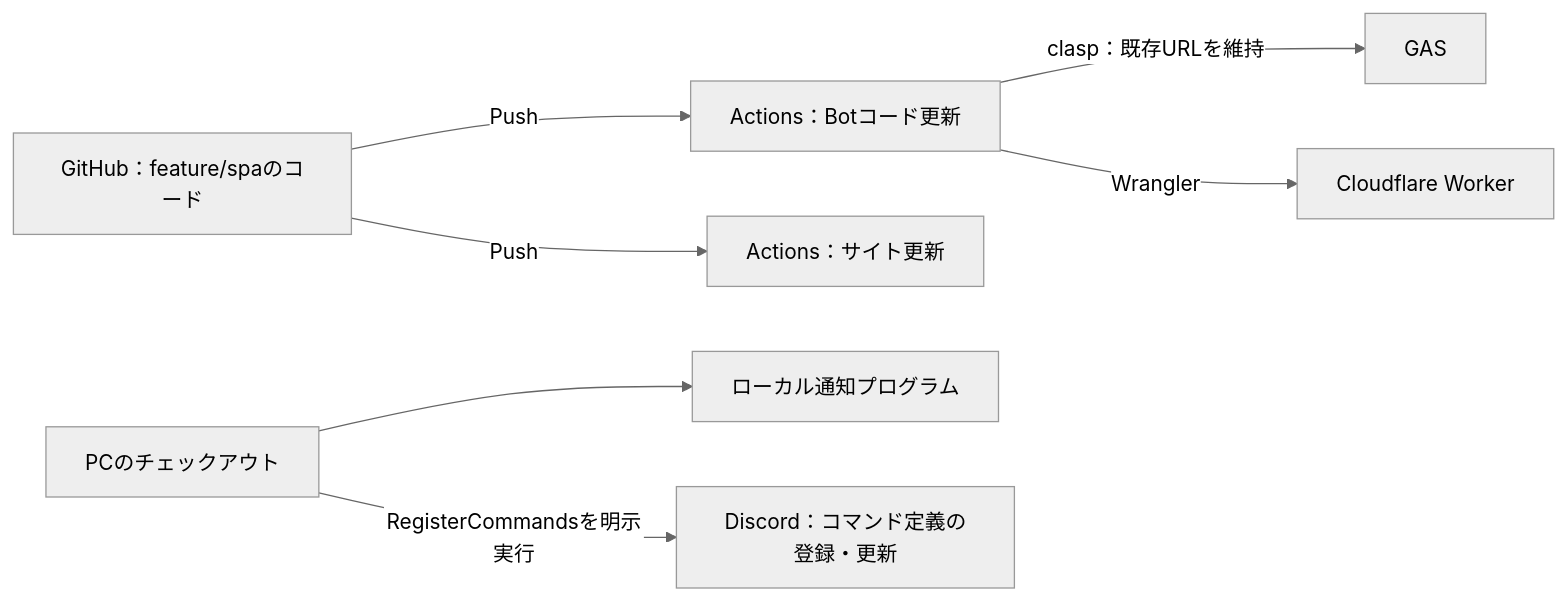
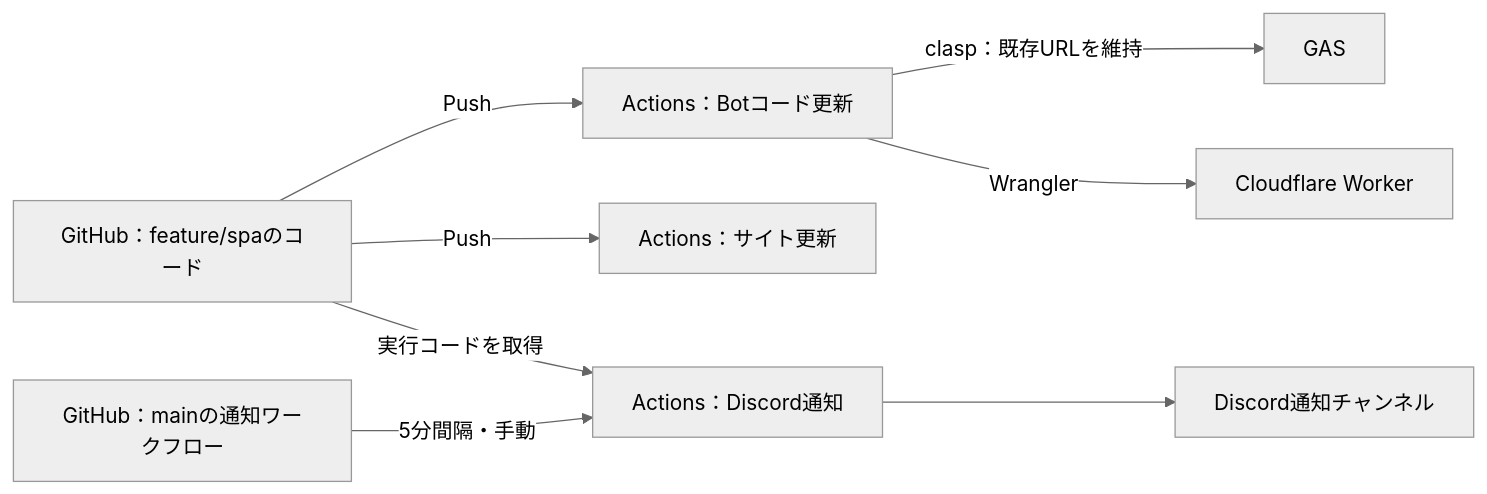
The second of 2 diagrams in docs/VRC-Band-DB-architecture.md (LyceeSerie/SerieIndustry), drawn with Mermaid (neutral theme) before and after one commit. The commit also changed other lines of this file and 3 other files, not shown here.

````diff
--- a/docs/VRC-Band-DB-architecture.md
+++ b/docs/VRC-Band-DB-architecture.md
@@ -56,9 +68,10 @@
 ```mermaid
 flowchart LR
   Code[GitHub：feature/spaのコード] -->|Push| BotAction[Actions：Botコード更新]
   BotAction -->|clasp：既存URLを維持| GAS[GAS]
   BotAction -->|Wrangler| Worker[Cloudflare Worker]
   Code -->|Push| SiteAction[Actions：サイト更新]
-  PCCode[PCのチェックアウト] --> Local[ローカル通知プログラム]
-  PCCode -->|RegisterCommandsを明示実行| Commands[Discord：コマンド定義の登録・更新]
+  Default[GitHub：mainの通知ワークフロー] -->|5分間隔・手動| Notify[Actions：Discord通知]
+  Code -->|実行コードを取得| Notify
+  Notify --> Discord[Discord通知チャンネル]
 ```
````
